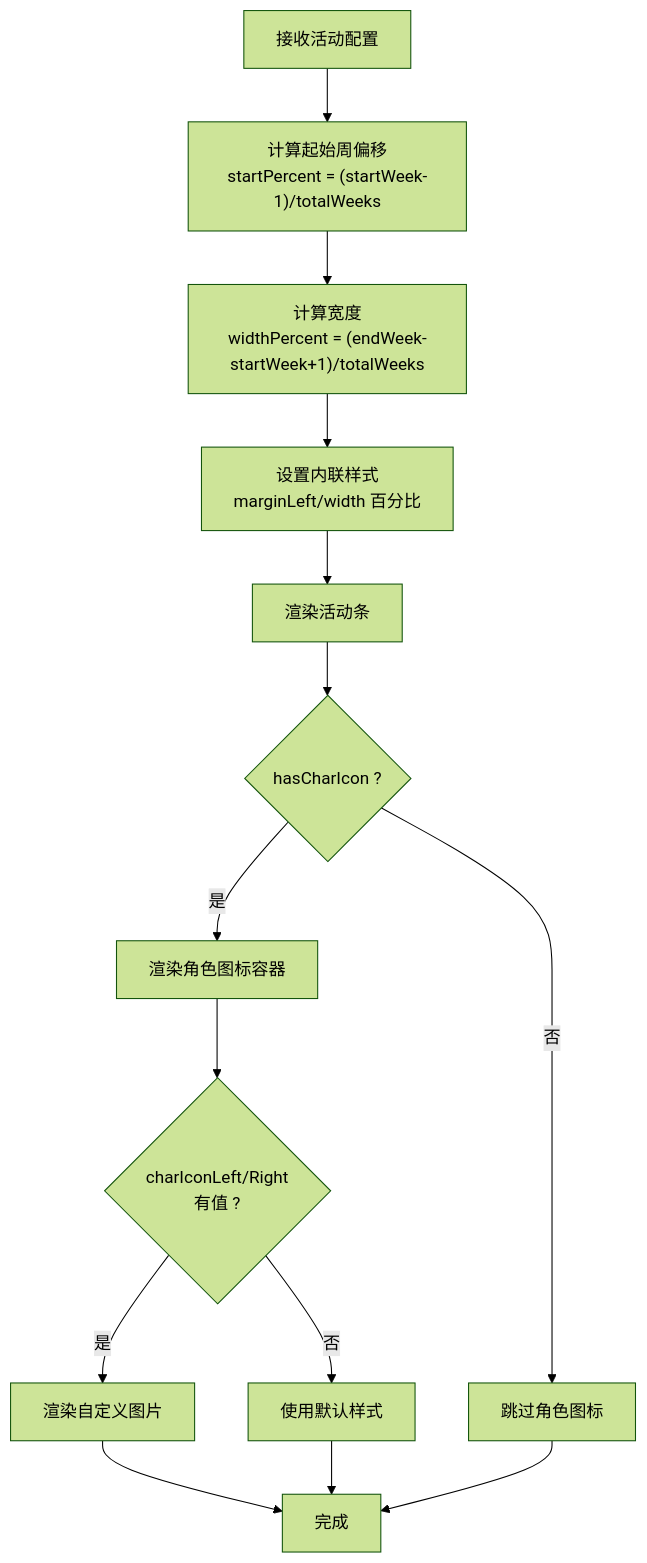
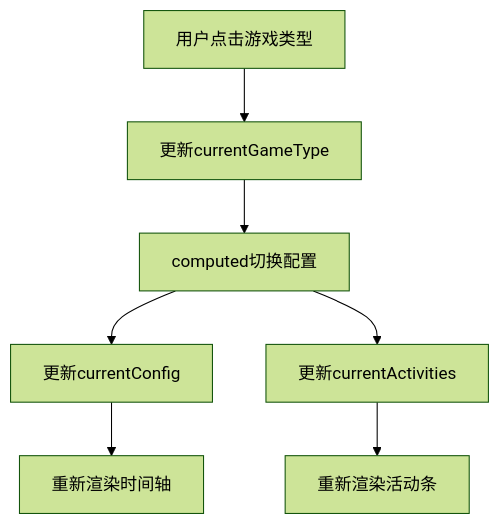
One commit to xuanyulingnfeg/gameCalendar changed the fifth of 6 diagrams in .qoder/repowiki/zh/content/配置系统.md. Above: the diagram before and after it, drawn with Mermaid (forest theme). The commit also changed other lines of this file and 5 other files, not shown here.

````diff
--- a/.qoder/repowiki/zh/content/配置系统.md
+++ b/.qoder/repowiki/zh/content/配置系统.md
@@ -222,16 +241,9 @@
 ```mermaid
 flowchart TD
-A["接收活动配置"] --> B["计算起始周偏移<br/>startPercent = (startWeek-1)/totalWeeks"]
-B --> C["计算宽度<br/>widthPercent = (endWeek-startWeek+1)/totalWeeks"]
-C --> D["设置内联样式<br/>marginLeft/width 百分比"]
-D --> E["渲染活动条"]
-E --> F{"hasCharIcon ?"}
-F --> |是| G["渲染角色图标容器"]
-F --> |否| H["跳过角色图标"]
-G --> I{"charIconLeft/Right<br/>有值 ?"}
-I --> |是| J["渲染自定义图片"]
-I --> |否| K["使用默认样式"]
-J --> L["完成"]
-K --> L
-H --> L
+A["用户点击游戏类型"] --> B["更新currentGameType"]
+B --> C["computed切换配置"]
+C --> D["更新currentConfig"]
+C --> E["更新currentActivities"]
+D --> F["重新渲染时间轴"]
+E --> G["重新渲染活动条"]
 ```
````
